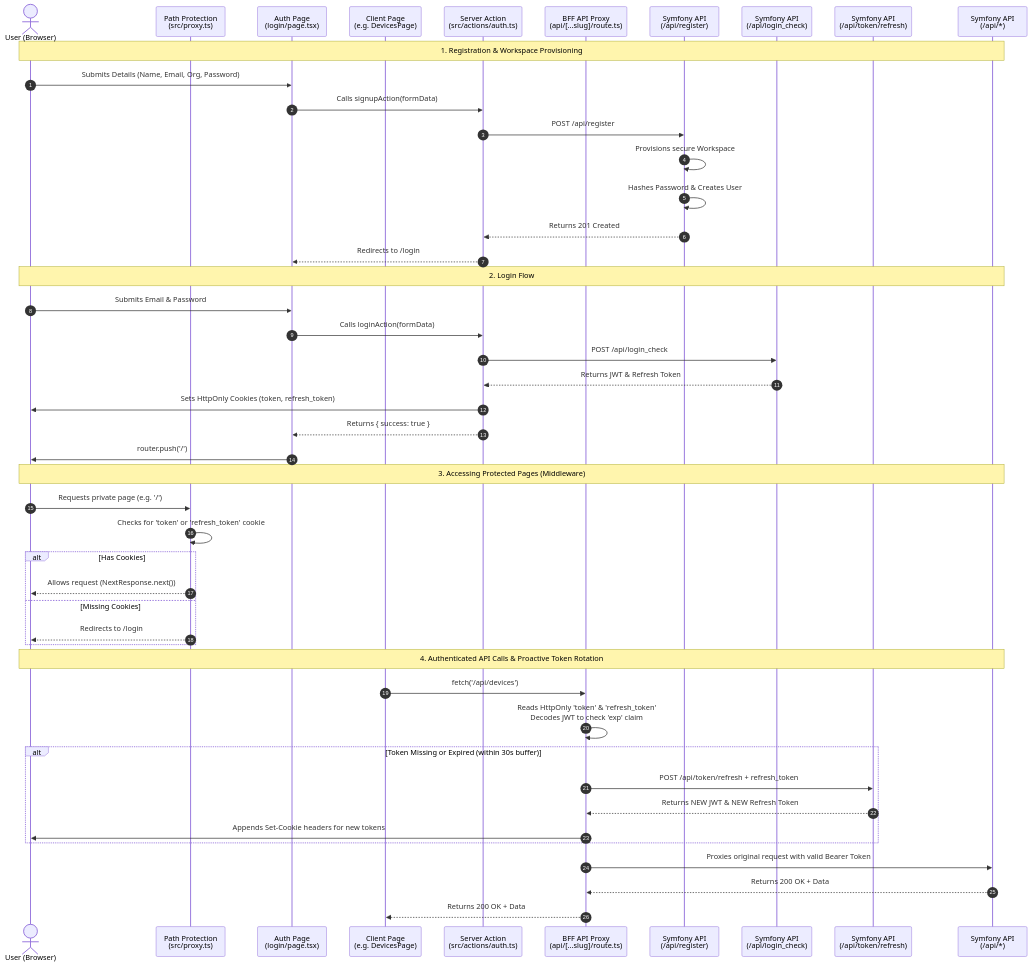
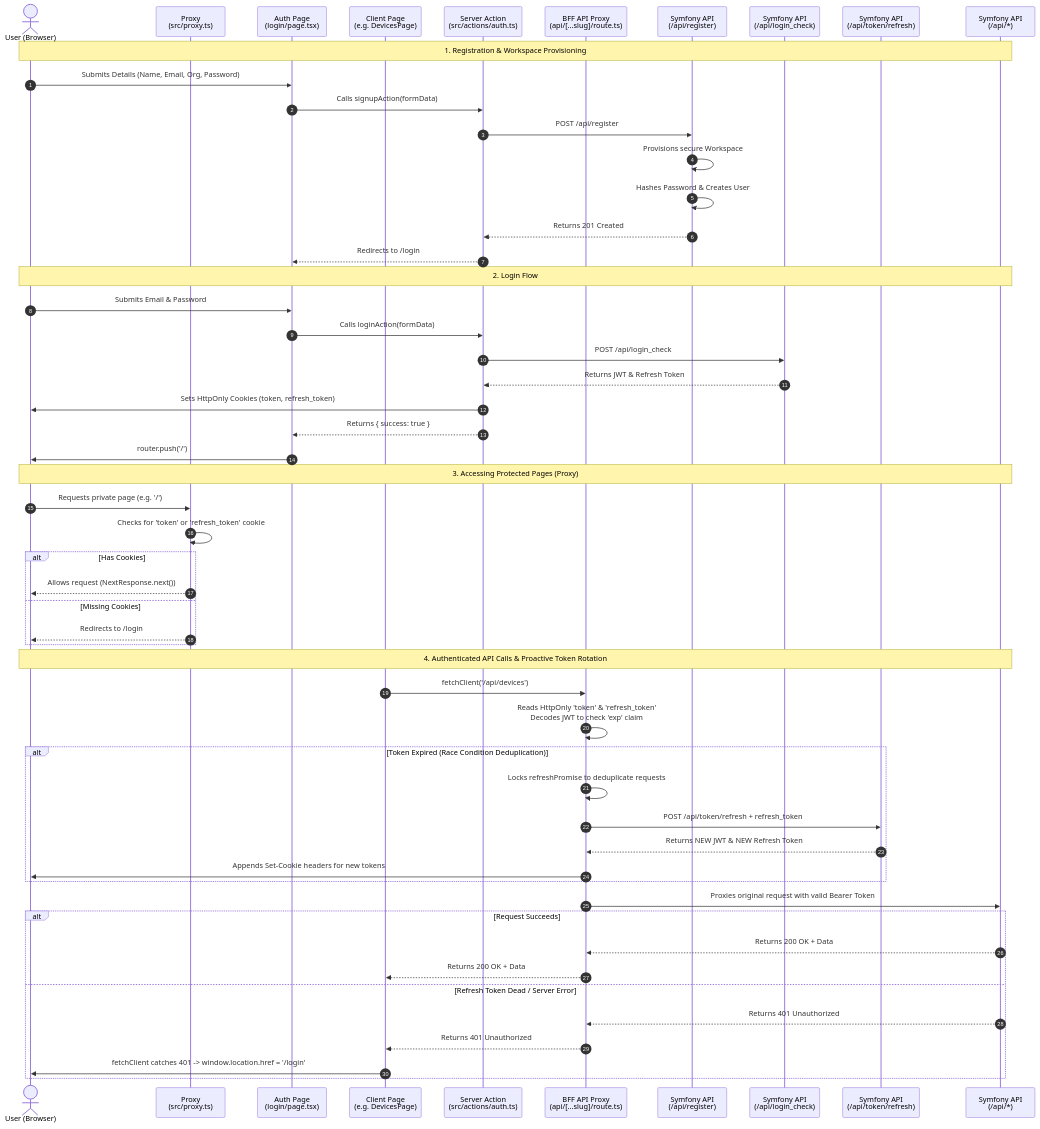
Before and after one commit to Mohammed-Zrirake/Plaisoram: the diagram in authentification_Flow.md, drawn with Mermaid. The commit also changed other lines of this file and 5 other files, not shown here.

First line of the commit message:
docs: detail BFF proxy deduplication and workspace security architecture

````diff
--- a/authentification_Flow.md
+++ b/authentification_Flow.md
@@ -7,53 +7,60 @@
 ```mermaid
 sequenceDiagram
     autonumber
     actor User as User (Browser)
-    participant NextJS_Middleware as Path Protection<br/>(src/proxy.ts)
+    participant NextJS_Middleware as Proxy<br/>(src/proxy.ts)
     participant NextJS_Page as Auth Page<br/>(login/page.tsx)
     participant NextJS_Client as Client Page<br/>(e.g. DevicesPage)
     participant NextJS_Action as Server Action<br/>(src/actions/auth.ts)
     participant NextJS_Proxy as BFF API Proxy<br/>(api/[...slug]/route.ts)
     participant Symfony_Register as Symfony API<br/>(/api/register)
     participant Symfony_Login as Symfony API<br/>(/api/login_check)
     participant Symfony_Refresh as Symfony API<br/>(/api/token/refresh)
     participant Symfony_Protected as Symfony API<br/>(/api/*)
 
     Note over User, Symfony_Protected: 1. Registration & Workspace Provisioning
     User->>NextJS_Page: Submits Details (Name, Email, Org, Password)
     NextJS_Page->>NextJS_Action: Calls signupAction(formData)
     NextJS_Action->>Symfony_Register: POST /api/register
     Symfony_Register->>Symfony_Register: Provisions secure Workspace
     Symfony_Register->>Symfony_Register: Hashes Password & Creates User
     Symfony_Register-->>NextJS_Action: Returns 201 Created
     NextJS_Action-->>NextJS_Page: Redirects to /login
 
     Note over User, Symfony_Protected: 2. Login Flow
     User->>NextJS_Page: Submits Email & Password
     NextJS_Page->>NextJS_Action: Calls loginAction(formData)
     NextJS_Action->>Symfony_Login: POST /api/login_check
     Symfony_Login-->>NextJS_Action: Returns JWT & Refresh Token
     NextJS_Action->>User: Sets HttpOnly Cookies (token, refresh_token)
     NextJS_Action-->>NextJS_Page: Returns { success: true }
     NextJS_Page->>User: router.push('/')
 
-    Note over User, Symfony_Protected: 3. Accessing Protected Pages (Middleware)
+    Note over User, Symfony_Protected: 3. Accessing Protected Pages (Proxy)
     User->>NextJS_Middleware: Requests private page (e.g. '/')
     NextJS_Middleware->>NextJS_Middleware: Checks for 'token' or 'refresh_token' cookie
     alt Has Cookies
         NextJS_Middleware-->>User: Allows request (NextResponse.next())
     else Missing Cookies
         NextJS_Middleware-->>User: Redirects to /login
     end
 
     Note over User, Symfony_Protected: 4. Authenticated API Calls & Proactive Token Rotation
-    NextJS_Client->>NextJS_Proxy: fetch('/api/devices')
+    NextJS_Client->>NextJS_Proxy: fetchClient('/api/devices')
     NextJS_Proxy->>NextJS_Proxy: Reads HttpOnly 'token' & 'refresh_token'<br/>Decodes JWT to check 'exp' claim
-    alt Token Missing or Expired (within 30s buffer)
+    alt Token Expired (Race Condition Deduplication)
+        NextJS_Proxy->>NextJS_Proxy: Locks refreshPromise to deduplicate requests
         NextJS_Proxy->>Symfony_Refresh: POST /api/token/refresh + refresh_token
         Symfony_Refresh-->>NextJS_Proxy: Returns NEW JWT & NEW Refresh Token
         NextJS_Proxy->>User: Appends Set-Cookie headers for new tokens
     end
     NextJS_Proxy->>Symfony_Protected: Proxies original request with valid Bearer Token
-    Symfony_Protected-->>NextJS_Proxy: Returns 200 OK + Data
-    NextJS_Proxy-->>NextJS_Client: Returns 200 OK + Data
+    alt Request Succeeds
+        Symfony_Protected-->>NextJS_Proxy: Returns 200 OK + Data
+        NextJS_Proxy-->>NextJS_Client: Returns 200 OK + Data
+    else Refresh Token Dead / Server Error
+        Symfony_Protected-->>NextJS_Proxy: Returns 401 Unauthorized
+        NextJS_Proxy-->>NextJS_Client: Returns 401 Unauthorized
+        NextJS_Client->>User: fetchClient catches 401 -> window.location.href = '/login'
+    end
 ```
````
